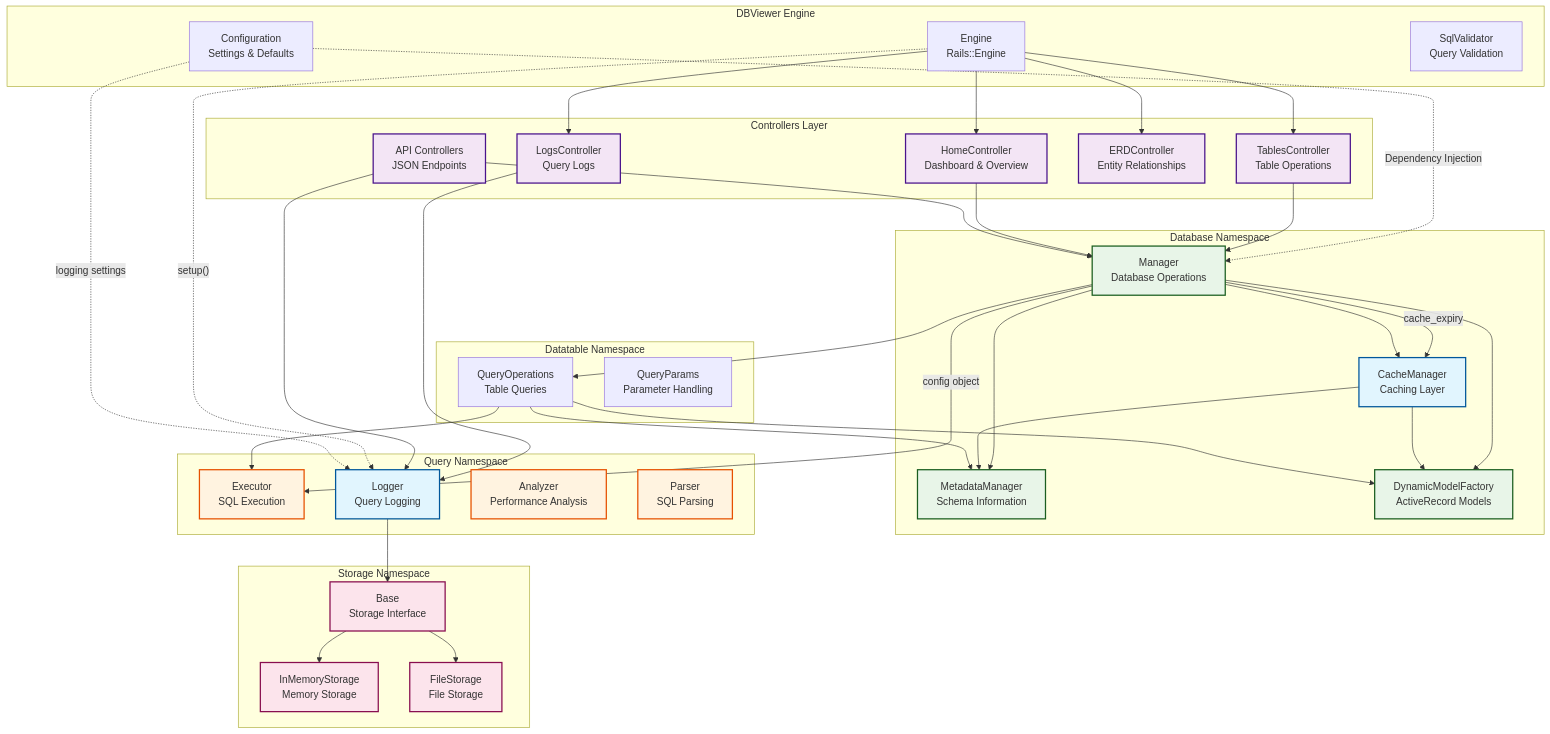
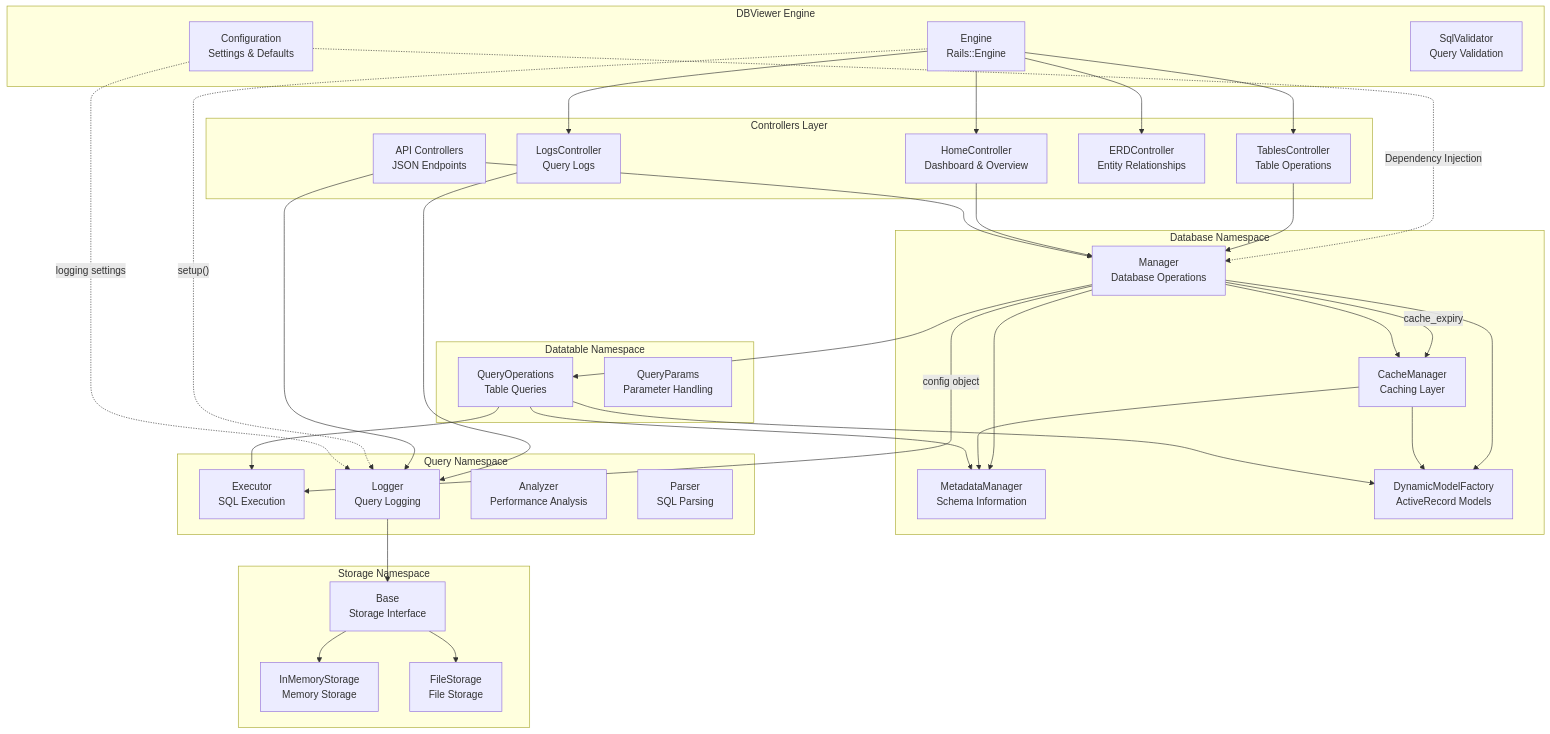
Before and after one commit to WailanTirajoh/dbviewer: the diagram in README.md, drawn with Mermaid.

```diff
--- a/README.md
+++ b/README.md
@@ -413,12 +413,6 @@
     Engine -.->|"setup()"| QueryLogger
     Config -.->|"logging settings"| QueryLogger
 
-    classDef decoupled fill:#e1f5fe,stroke:#01579b,stroke-width:2px
-    classDef controller fill:#f3e5f5,stroke:#4a148c,stroke-width:2px
-    classDef database fill:#e8f5e8,stroke:#1b5e20,stroke-width:2px
-    classDef query fill:#fff3e0,stroke:#e65100,stroke-width:2px
-    classDef storage fill:#fce4ec,stroke:#880e4f,stroke-width:2px
-
     class CacheManager,QueryLogger decoupled
     class HomeController,TablesController,LogsController,ERDController,APIController controller
     class Manager,MetadataManager,DynamicModelFactory database
```
